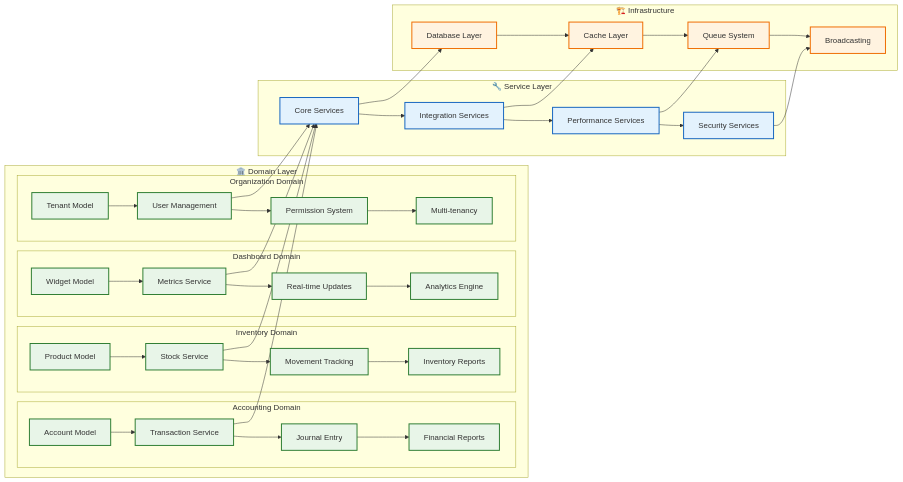
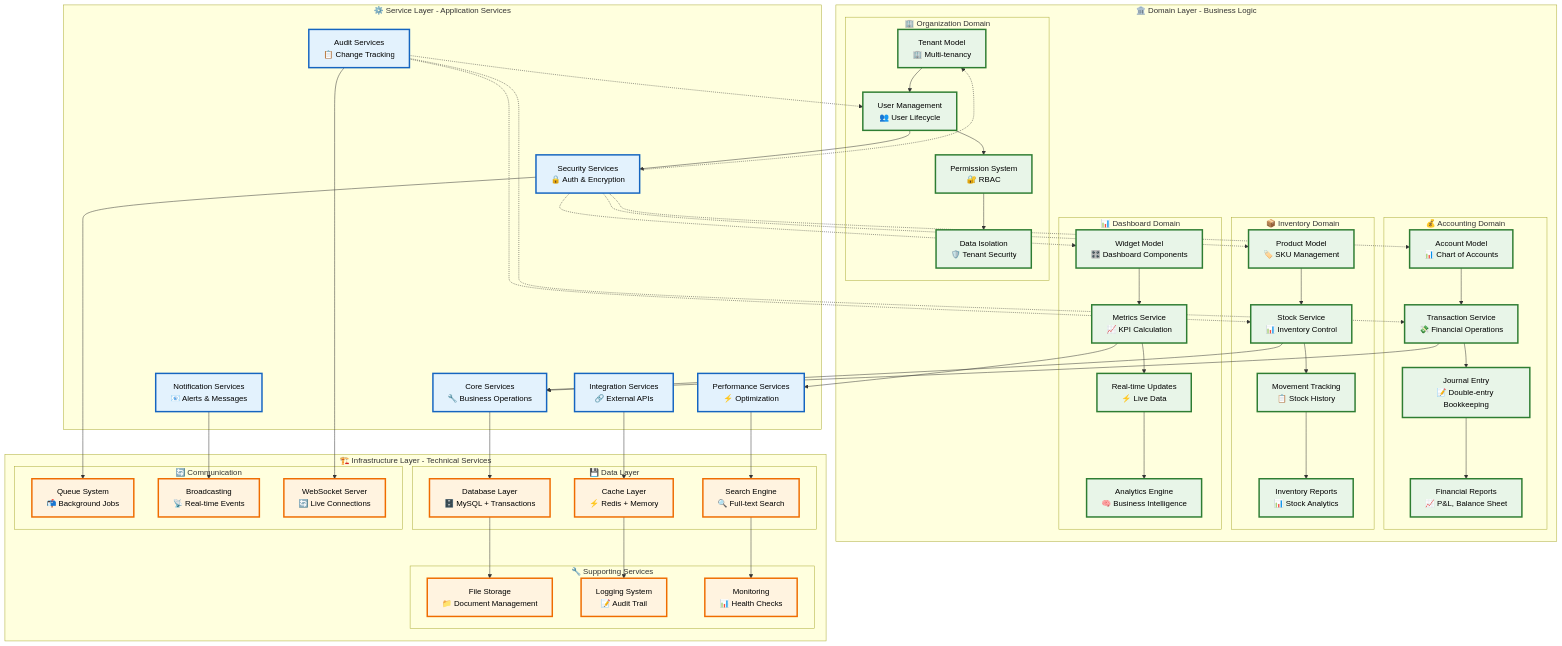
One commit to abdoElHodaky/larvaccountplatfo changed the third of 11 diagrams in README.md. Above: the diagram before and after it, drawn with Mermaid. The commit also changed other lines of this file, not shown here.

````diff
--- a/README.md
+++ b/README.md
@@ -198,60 +294,116 @@
 ```mermaid
-graph LR
-    subgraph "🏛️ Domain Layer"
-        subgraph "Accounting Domain"
-            A1[Account Model] --> A2[Transaction Service]
-            A2 --> A3[Journal Entry]
-            A3 --> A4[Financial Reports]
+graph TB
+    subgraph "🏛️ Domain Layer - Business Logic"
+        subgraph "💰 Accounting Domain"
+            ACC_MODEL[Account Model<br/>📊 Chart of Accounts]
+            TXN_SERVICE[Transaction Service<br/>💸 Financial Operations]
+            JOURNAL[Journal Entry<br/>📝 Double-entry Bookkeeping]
+            FIN_REPORTS[Financial Reports<br/>📈 P&L, Balance Sheet]
+            
+            ACC_MODEL --> TXN_SERVICE
+            TXN_SERVICE --> JOURNAL
+            JOURNAL --> FIN_REPORTS
         end
         
-        subgraph "Inventory Domain"
-            I1[Product Model] --> I2[Stock Service]
-            I2 --> I3[Movement Tracking]
-            I3 --> I4[Inventory Reports]
+        subgraph "📦 Inventory Domain"
+            PROD_MODEL[Product Model<br/>🏷️ SKU Management]
+            STOCK_SERVICE[Stock Service<br/>📊 Inventory Control]
+            MOVEMENT[Movement Tracking<br/>📋 Stock History]
+            INV_REPORTS[Inventory Reports<br/>📊 Stock Analytics]
+            
+            PROD_MODEL --> STOCK_SERVICE
+            STOCK_SERVICE --> MOVEMENT
+            MOVEMENT --> INV_REPORTS
         end
         
-        subgraph "Dashboard Domain"
-            D1[Widget Model] --> D2[Metrics Service]
-            D2 --> D3[Real-time Updates]
-            D3 --> D4[Analytics Engine]
+        subgraph "📊 Dashboard Domain"
+            WIDGET_MODEL[Widget Model<br/>🎛️ Dashboard Components]
+            METRICS_SERVICE[Metrics Service<br/>📈 KPI Calculation]
+            REALTIME[Real-time Updates<br/>⚡ Live Data]
+            ANALYTICS[Analytics Engine<br/>🧠 Business Intelligence]
+            
+            WIDGET_MODEL --> METRICS_SERVICE
+            METRICS_SERVICE --> REALTIME
+            REALTIME --> ANALYTICS
         end
         
-        subgraph "Organization Domain"
-            O1[Tenant Model] --> O2[User Management]
-            O2 --> O3[Permission System]
-            O3 --> O4[Multi-tenancy]
+        subgraph "🏢 Organization Domain"
+            TENANT_MODEL[Tenant Model<br/>🏢 Multi-tenancy]
+            USER_MGMT[User Management<br/>👥 User Lifecycle]
+            PERMISSIONS[Permission System<br/>🔐 RBAC]
+            ISOLATION[Data Isolation<br/>🛡️ Tenant Security]
+            
+            TENANT_MODEL --> USER_MGMT
+            USER_MGMT --> PERMISSIONS
+            PERMISSIONS --> ISOLATION
         end
     end
     
-    subgraph "🔧 Service Layer"
-        S1[Core Services] --> S2[Integration Services]
-        S2 --> S3[Performance Services]
-        S3 --> S4[Security Services]
+    subgraph "⚙️ Service Layer - Application Services"
+        CORE_SERVICES[Core Services<br/>🔧 Business Operations]
+        INTEGRATION[Integration Services<br/>🔗 External APIs]
+        PERFORMANCE[Performance Services<br/>⚡ Optimization]
+        SECURITY[Security Services<br/>🔒 Auth & Encryption]
+        NOTIFICATION[Notification Services<br/>📧 Alerts & Messages]
+        AUDIT[Audit Services<br/>📋 Change Tracking]
     end
     
-    subgraph "🏗️ Infrastructure"
-        IN1[Database Layer] --> IN2[Cache Layer]
-        IN2 --> IN3[Queue System]
-        IN3 --> IN4[Broadcasting]
+    subgraph "🏗️ Infrastructure Layer - Technical Services"
+        subgraph "💾 Data Layer"
+            DATABASE[Database Layer<br/>🗄️ MySQL + Transactions]
+            CACHE[Cache Layer<br/>⚡ Redis + Memory]
+            SEARCH[Search Engine<br/>🔍 Full-text Search]
+        end
+        
+        subgraph "🔄 Communication"
+            QUEUE[Queue System<br/>📬 Background Jobs]
+            BROADCAST[Broadcasting<br/>📡 Real-time Events]
+            WEBSOCKET[WebSocket Server<br/>🔄 Live Connections]
+        end
+        
+        subgraph "🔧 Supporting Services"
+            FILE_STORAGE[File Storage<br/>📁 Document Management]
+            LOGGING[Logging System<br/>📝 Audit Trail]
+            MONITORING[Monitoring<br/>📊 Health Checks]
+        end
     end
     
-    %% Cross-domain connections
-    A2 --> S1
-    I2 --> S1
-    D2 --> S1
-    O2 --> S1
+    %% Domain to Service Connections
+    TXN_SERVICE --> CORE_SERVICES
+    STOCK_SERVICE --> CORE_SERVICES
+    METRICS_SERVICE --> PERFORMANCE
+    USER_MGMT --> SECURITY
     
-    S1 --> IN1
-    S2 --> IN2
-    S3 --> IN3
-    S4 --> IN4
+    %% Service to Infrastructure Connections
+    CORE_SERVICES --> DATABASE
+    INTEGRATION --> CACHE
+    PERFORMANCE --> SEARCH
+    SECURITY --> QUEUE
+    NOTIFICATION --> BROADCAST
+    AUDIT --> WEBSOCKET
+    
+    %% Infrastructure Internal Connections
+    DATABASE --> FILE_STORAGE
+    CACHE --> LOGGING
+    SEARCH --> MONITORING
+    
+    %% Cross-cutting Concerns
+    SECURITY -.-> ACC_MODEL
+    SECURITY -.-> PROD_MODEL
+    SECURITY -.-> WIDGET_MODEL
+    SECURITY -.-> TENANT_MODEL
+    
+    AUDIT -.-> TXN_SERVICE
+    AUDIT -.-> STOCK_SERVICE
+    AUDIT -.-> USER_MGMT
     
     %% Styling
-    classDef domain fill:#e8f5e8,stroke:#2e7d32,stroke-width:2px
-    classDef service fill:#e3f2fd,stroke:#1565c0,stroke-width:2px
-    classDef infra fill:#fff3e0,stroke:#ef6c00,stroke-width:2px
+    classDef domain fill:#e8f5e8,stroke:#2e7d32,stroke-width:3px,color:#000
+    classDef service fill:#e3f2fd,stroke:#1565c0,stroke-width:3px,color:#000
+    classDef infra fill:#fff3e0,stroke:#ef6c00,stroke-width:3px,color:#000
+    classDef data fill:#f3e5f5,stroke:#7b1fa2,stroke-width:3px,color:#000
     
-    class A1,A2,A3,A4,I1,I2,I3,I4,D1,D2,D3,D4,O1,O2,O3,O4 domain
-    class S1,S2,S3,S4 service
-    class IN1,IN2,IN3,IN4 infra
+    class ACC_MODEL,TXN_SERVICE,JOURNAL,FIN_REPORTS,PROD_MODEL,STOCK_SERVICE,MOVEMENT,INV_REPORTS,WIDGET_MODEL,METRICS_SERVICE,REALTIME,ANALYTICS,TENANT_MODEL,USER_MGMT,PERMISSIONS,ISOLATION domain
+    class CORE_SERVICES,INTEGRATION,PERFORMANCE,SECURITY,NOTIFICATION,AUDIT service
+    class DATABASE,CACHE,SEARCH,QUEUE,BROADCAST,WEBSOCKET,FILE_STORAGE,LOGGING,MONITORING infra
 ```
````
